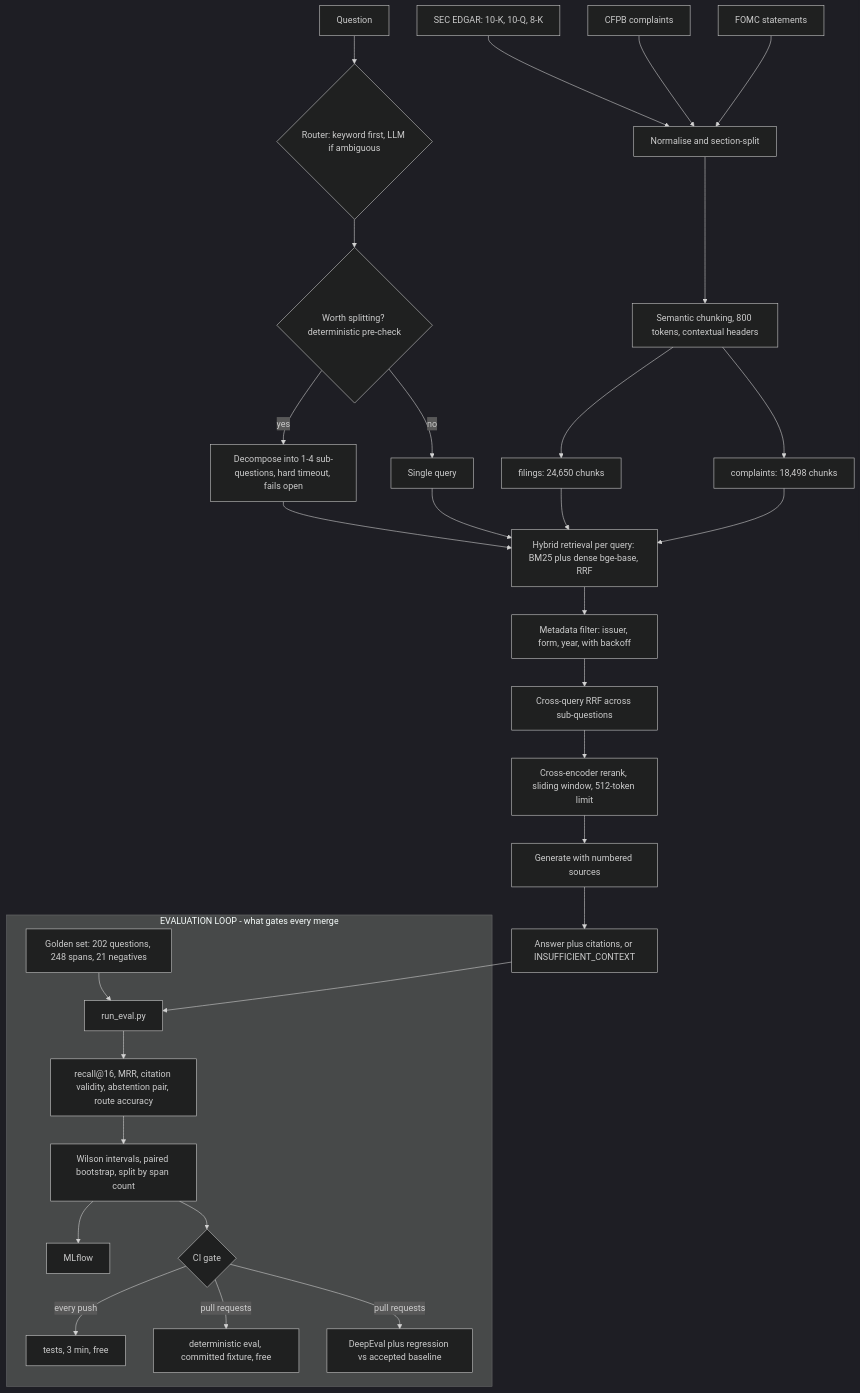
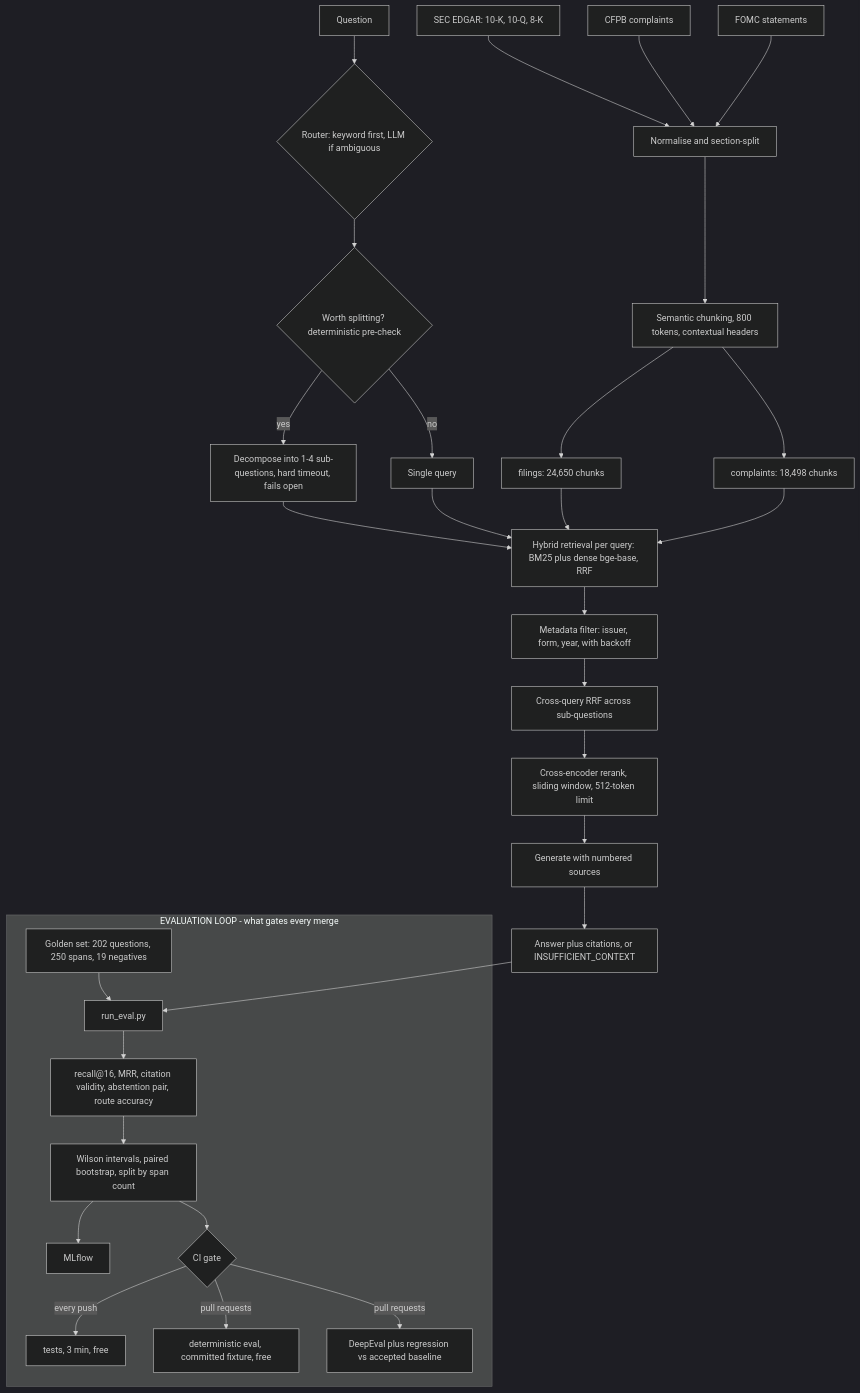
The diagram in docs/METHOD.md (omvyas77/finhelm), drawn with Mermaid (dark theme) before and after one commit. The commit also changed other lines of this file and 26 other files, not shown here.

````diff
--- a/docs/METHOD.md
+++ b/docs/METHOD.md
@@ -52,37 +80,37 @@
 ```mermaid
 flowchart TB
     SEC["SEC EDGAR: 10-K, 10-Q, 8-K"] --> NORM["Normalise and section-split"]
     CFPB["CFPB complaints"] --> NORM
     FOMC["FOMC statements"] --> NORM
     NORM --> CH["Semantic chunking, 800 tokens, contextual headers"]
     CH --> COLF["filings: 24,650 chunks"]
     CH --> COLC["complaints: 18,498 chunks"]
 
     Q["Question"] --> RT{"Router: keyword first, LLM if ambiguous"}
     RT --> AG{"Worth splitting? deterministic pre-check"}
     AG -->|yes| DEC["Decompose into 1-4 sub-questions, hard timeout, fails open"]
     AG -->|no| SQ["Single query"]
     DEC --> RET
     SQ --> RET
     COLF --> RET
     COLC --> RET
     RET["Hybrid retrieval per query: BM25 plus dense bge-base, RRF"]
     RET --> MF["Metadata filter: issuer, form, year, with backoff"]
     MF --> XQ["Cross-query RRF across sub-questions"]
     XQ --> RR["Cross-encoder rerank, sliding window, 512-token limit"]
     RR --> GEN["Generate with numbered sources"]
     GEN --> ANS["Answer plus citations, or INSUFFICIENT_CONTEXT"]
 
     subgraph EVAL["EVALUATION LOOP - what gates every merge"]
-        GOLD["Golden set: 202 questions, 248 spans, 21 negatives"] --> RUN["run_eval.py"]
+        GOLD["Golden set: 202 questions, 250 spans, 19 negatives"] --> RUN["run_eval.py"]
         RUN --> DET["recall@16, MRR, citation validity, abstention pair, route accuracy"]
         DET --> STAT["Wilson intervals, paired bootstrap, split by span count"]
         STAT --> ML["MLflow"]
         STAT --> GATE{"CI gate"}
         GATE -->|every push| T1["tests, 3 min, free"]
         GATE -->|pull requests| T2["deterministic eval, committed fixture, free"]
         GATE -->|pull requests| T3["DeepEval plus regression vs accepted baseline"]
     end
 
     ANS --> RUN
 ```
````
